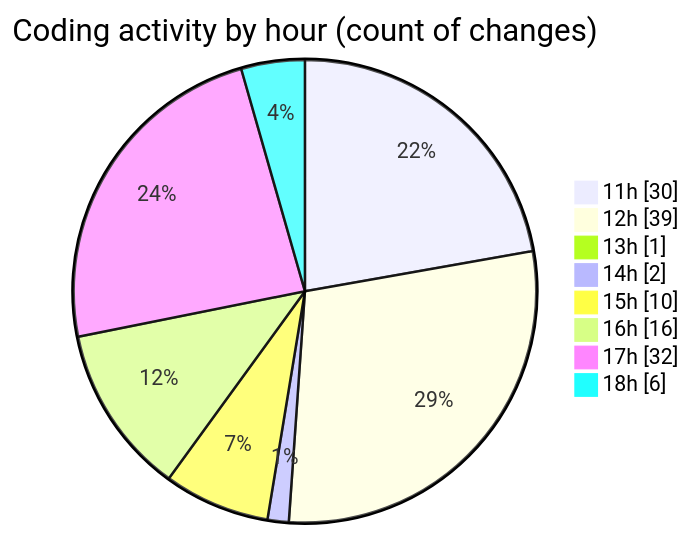
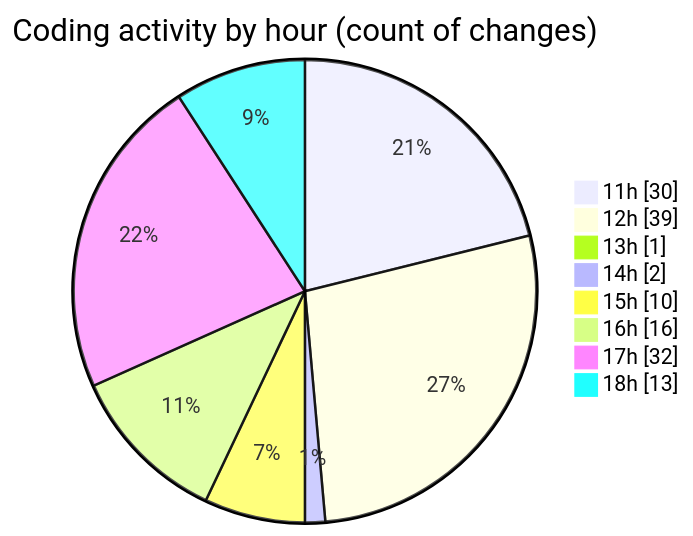
The second of 2 diagrams in 2025-07-13/argos/README.md (nxtqubesakshisongat/code-tracking), drawn with Mermaid before and after one commit. The commit also changed other lines of this file and 1 other file, not shown here.

````diff
--- a/2025-07-13/argos/README.md
+++ b/2025-07-13/argos/README.md
@@ -32,12 +32,12 @@
 ```mermaid
 pie showData
 title Coding activity by hour (count of changes)
 "11h" : 30
 "12h" : 39
 "13h" : 1
 "14h" : 2
 "15h" : 10
 "16h" : 16
 "17h" : 32
-"18h" : 6
+"18h" : 13
 ```
````
